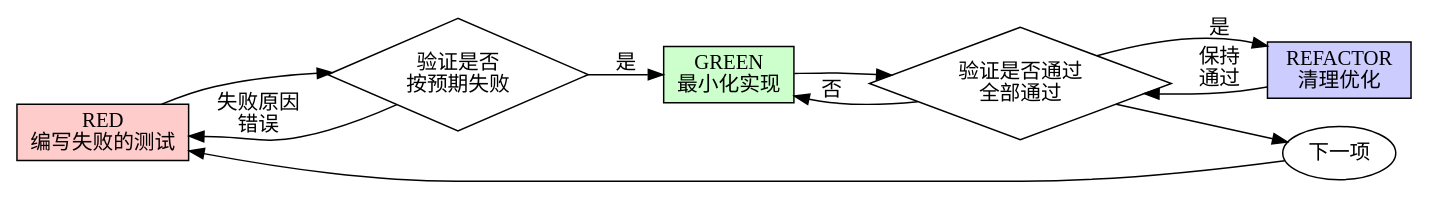
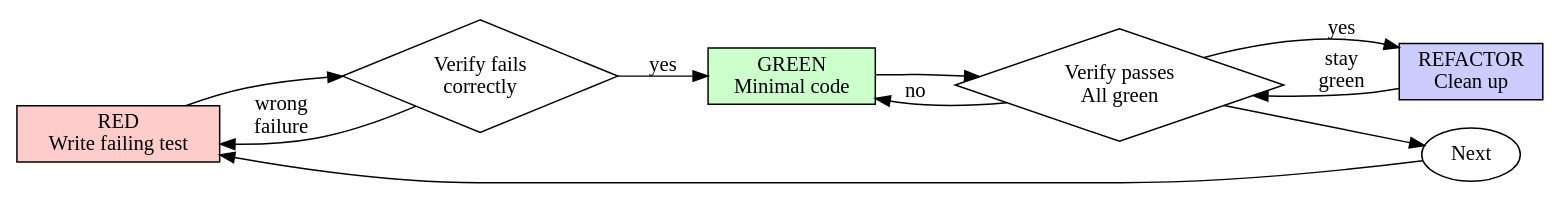
The diagram in skills/test-driven-development/SKILL.md (Wenaixi/dsh-superpower), drawn with Graphviz before and after one commit. The commit also changed other lines of this file and 103 other files, not shown here.

````diff
--- a/skills/test-driven-development/SKILL.md
+++ b/skills/test-driven-development/SKILL.md
@@ -51,21 +51,21 @@
 ```dot
 digraph tdd_cycle {
     rankdir=LR;
-    red [label="RED\n编写失败的测试", shape=box, style=filled, fillcolor="#ffcccc"];
-    verify_red [label="验证是否\n按预期失败", shape=diamond];
-    green [label="GREEN\n最小化实现", shape=box, style=filled, fillcolor="#ccffcc"];
-    verify_green [label="验证是否通过\n全部通过", shape=diamond];
-    refactor [label="REFACTOR\n清理优化", shape=box, style=filled, fillcolor="#ccccff"];
-    next [label="下一项", shape=ellipse];
+    red [label="RED\nWrite failing test", shape=box, style=filled, fillcolor="#ffcccc"];
+    verify_red [label="Verify fails\ncorrectly", shape=diamond];
+    green [label="GREEN\nMinimal code", shape=box, style=filled, fillcolor="#ccffcc"];
+    verify_green [label="Verify passes\nAll green", shape=diamond];
+    refactor [label="REFACTOR\nClean up", shape=box, style=filled, fillcolor="#ccccff"];
+    next [label="Next", shape=ellipse];
 
     red -> verify_red;
-    verify_red -> green [label="是"];
-    verify_red -> red [label="失败原因\n错误"];
+    verify_red -> green [label="yes"];
+    verify_red -> red [label="wrong\nfailure"];
     green -> verify_green;
-    verify_green -> refactor [label="是"];
-    verify_green -> green [label="否"];
-    refactor -> verify_green [label="保持\n通过"];
+    verify_green -> refactor [label="yes"];
+    verify_green -> green [label="no"];
+    refactor -> verify_green [label="stay\ngreen"];
     verify_green -> next;
     next -> red;
 }
 ```
````
